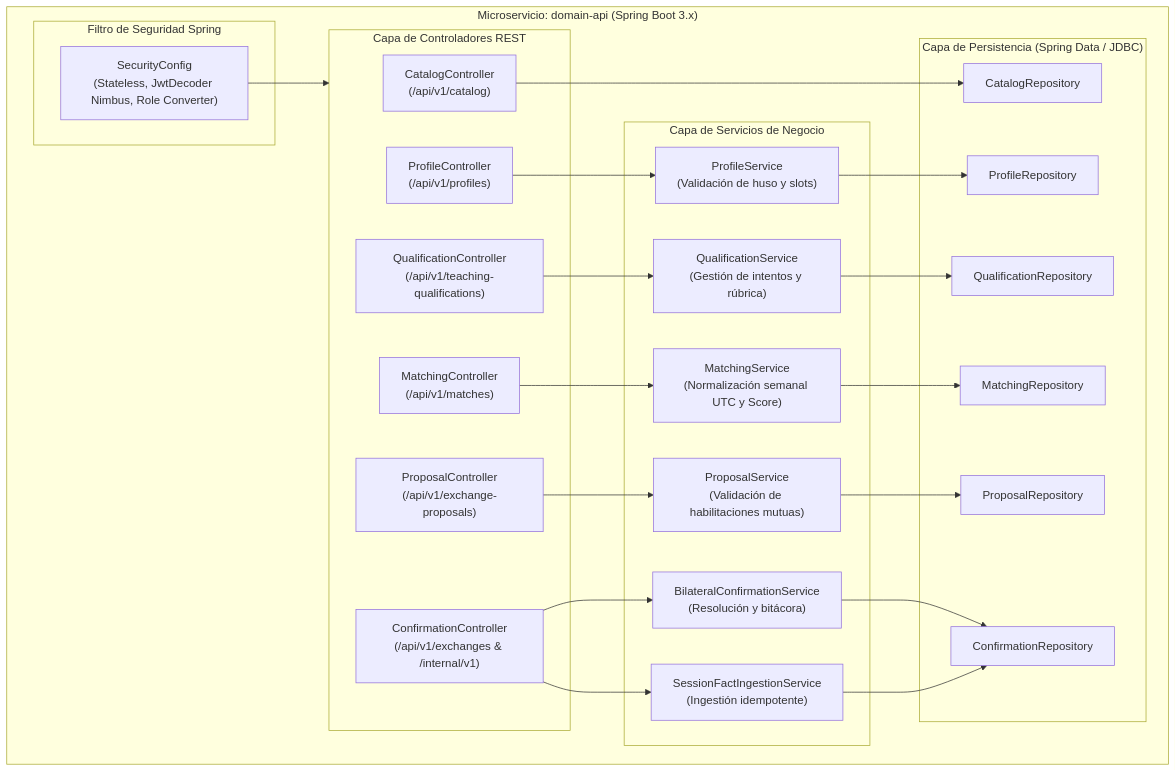
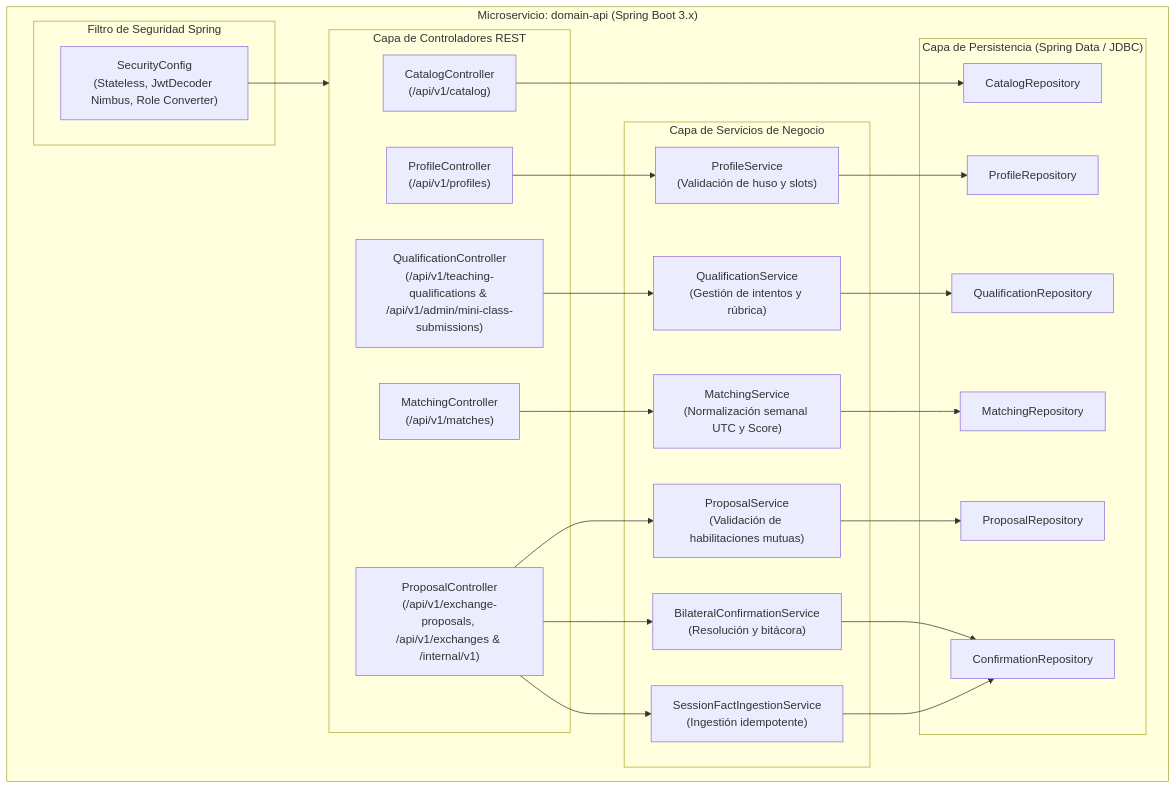
The third of 4 diagrams in documentacion/01_ARQUITECTURA_Y_VISION.md (DEIVID-HAK/kanjora), drawn with Mermaid before and after one commit. The commit also changed 12 other files, not shown here.

Commit message:
fix(qualification): add pending submissions admin endpoint and align livekit 15m window

````diff
--- a/documentacion/01_ARQUITECTURA_Y_VISION.md
+++ b/documentacion/01_ARQUITECTURA_Y_VISION.md
@@ -114,44 +114,43 @@
 ```mermaid
 flowchart TD
     subgraph DomainAPI ["Microservicio: domain-api (Spring Boot 3.x)"]
         subgraph SecurityFilter ["Filtro de Seguridad Spring"]
             SecConfig["SecurityConfig\n(Stateless, JwtDecoder Nimbus, Role Converter)"]
         end
 
         subgraph Controllers ["Capa de Controladores REST"]
             CatCtrl["CatalogController\n(/api/v1/catalog)"]
             ProfCtrl["ProfileController\n(/api/v1/profiles)"]
-            QualCtrl["QualificationController\n(/api/v1/teaching-qualifications)"]
+            QualCtrl["QualificationController\n(/api/v1/teaching-qualifications & /api/v1/admin/mini-class-submissions)"]
             MatchCtrl["MatchingController\n(/api/v1/matches)"]
-            PropCtrl["ProposalController\n(/api/v1/exchange-proposals)"]
-            ConfCtrl["ConfirmationController\n(/api/v1/exchanges & /internal/v1)"]
+            PropCtrl["ProposalController\n(/api/v1/exchange-proposals, /api/v1/exchanges & /internal/v1)"]
         end
 
         subgraph Services ["Capa de Servicios de Negocio"]
             ProfSvc["ProfileService\n(Validación de huso y slots)"]
             QualSvc["QualificationService\n(Gestión de intentos y rúbrica)"]
             MatchSvc["MatchingService\n(Normalización semanal UTC y Score)"]
             PropSvc["ProposalService\n(Validación de habilitaciones mutuas)"]
             ConfSvc["BilateralConfirmationService\n(Resolución y bitácora)"]
             FactSvc["SessionFactIngestionService\n(Ingestión idempotente)"]
         end
 
         subgraph Repositories ["Capa de Persistencia (Spring Data / JDBC)"]
             CatRepo["CatalogRepository"]
             ProfRepo["ProfileRepository"]
             QualRepo["QualificationRepository"]
             MatchRepo["MatchingRepository"]
             PropRepo["ProposalRepository"]
             ConfRepo["ConfirmationRepository"]
         end
     end
 
     SecConfig --> Controllers
     CatCtrl --> CatRepo
     ProfCtrl --> ProfSvc --> ProfRepo
     QualCtrl --> QualSvc --> QualRepo
     MatchCtrl --> MatchSvc --> MatchRepo
     PropCtrl --> PropSvc --> PropRepo
-    ConfCtrl --> ConfSvc --> ConfRepo
-    ConfCtrl --> FactSvc --> ConfRepo
+    PropCtrl --> ConfSvc --> ConfRepo
+    PropCtrl --> FactSvc --> ConfRepo
 ```
````
